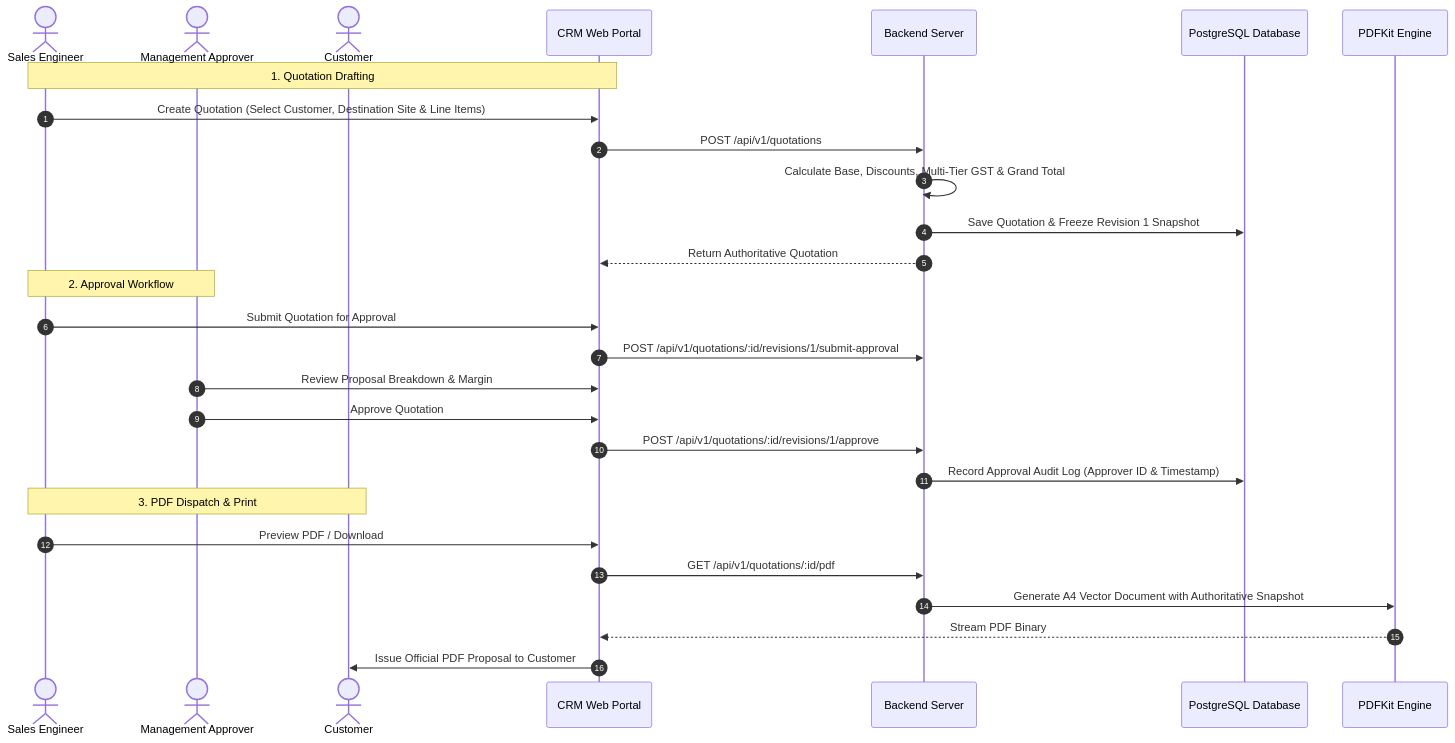
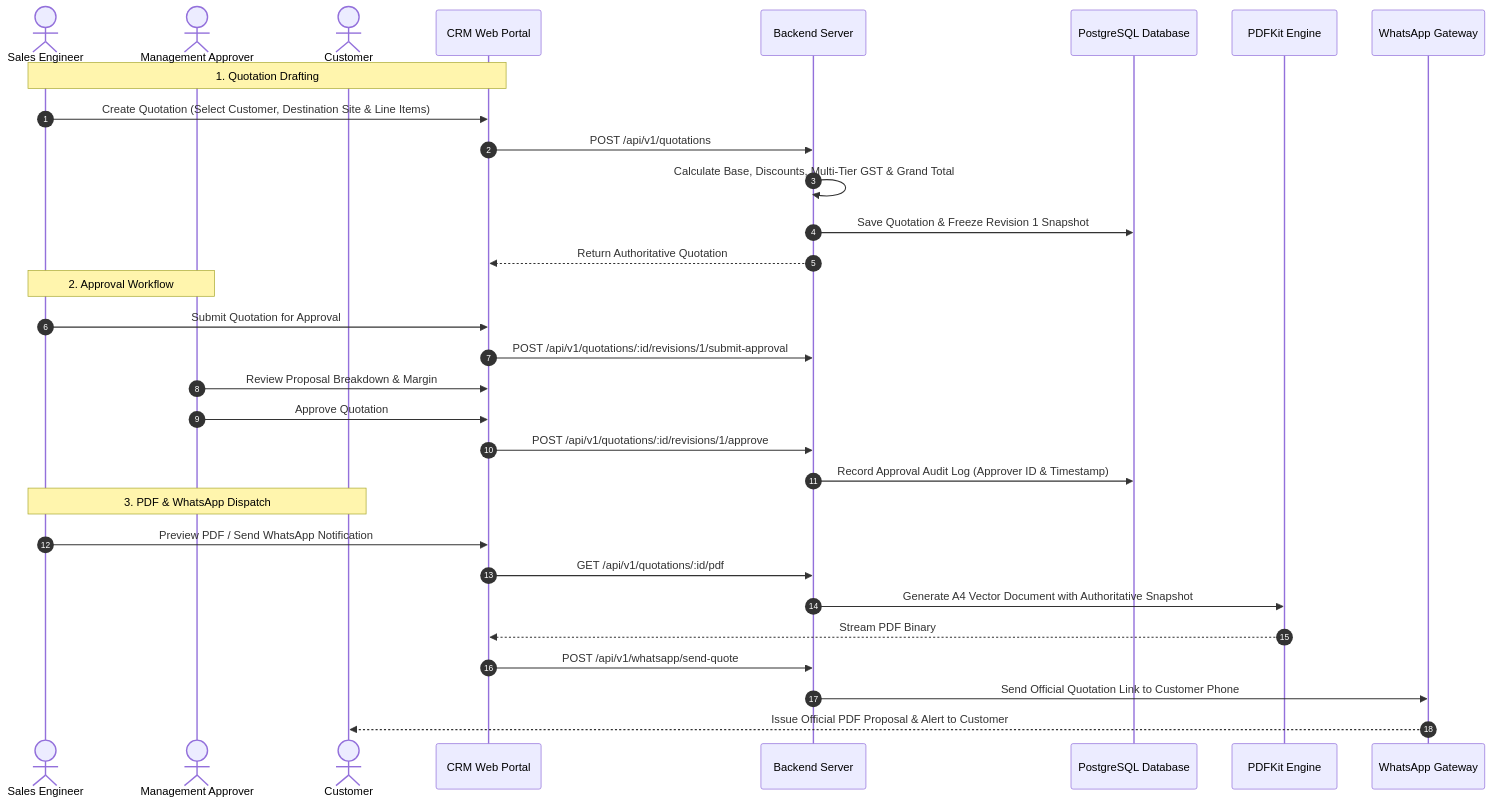
One commit to PatelRonak123/Taneja-Power-CRM changed the second of 2 diagrams in PROJECT_DOCUMENTATION.md. Above: the diagram before and after it, drawn with Mermaid. The commit also changed other lines of this file and 24 other files, not shown here.

````diff
--- a/PROJECT_DOCUMENTATION.md
+++ b/PROJECT_DOCUMENTATION.md
@@ -42,33 +43,36 @@
 ```mermaid
 sequenceDiagram
     autonumber
     actor Sales as Sales Engineer
     actor Mgr as Management Approver
     actor Cust as Customer
     participant Web as CRM Web Portal
     participant API as Backend Server
     participant DB as PostgreSQL Database
     participant PDF as PDFKit Engine
+    participant WA as WhatsApp Gateway
 
     Note over Sales, Web: 1. Quotation Drafting
     Sales->>Web: Create Quotation (Select Customer, Destination Site & Line Items)
     Web->>API: POST /api/v1/quotations
     API->>API: Calculate Base, Discounts, Multi-Tier GST & Grand Total
     API->>DB: Save Quotation & Freeze Revision 1 Snapshot
     API-->>Web: Return Authoritative Quotation
 
     Note over Sales, Mgr: 2. Approval Workflow
     Sales->>Web: Submit Quotation for Approval
     Web->>API: POST /api/v1/quotations/:id/revisions/1/submit-approval
     Mgr->>Web: Review Proposal Breakdown & Margin
     Mgr->>Web: Approve Quotation
     Web->>API: POST /api/v1/quotations/:id/revisions/1/approve
     API->>DB: Record Approval Audit Log (Approver ID & Timestamp)
 
-    Note over Sales, Cust: 3. PDF Dispatch & Print
-    Sales->>Web: Preview PDF / Download
+    Note over Sales, Cust: 3. PDF & WhatsApp Dispatch
+    Sales->>Web: Preview PDF / Send WhatsApp Notification
     Web->>API: GET /api/v1/quotations/:id/pdf
     API->>PDF: Generate A4 Vector Document with Authoritative Snapshot
     PDF-->>Web: Stream PDF Binary
-    Web->>Cust: Issue Official PDF Proposal to Customer
+    Web->>API: POST /api/v1/whatsapp/send-quote
+    API->>WA: Send Official Quotation Link to Customer Phone
+    WA-->>Cust: Issue Official PDF Proposal & Alert to Customer
 ```
````
